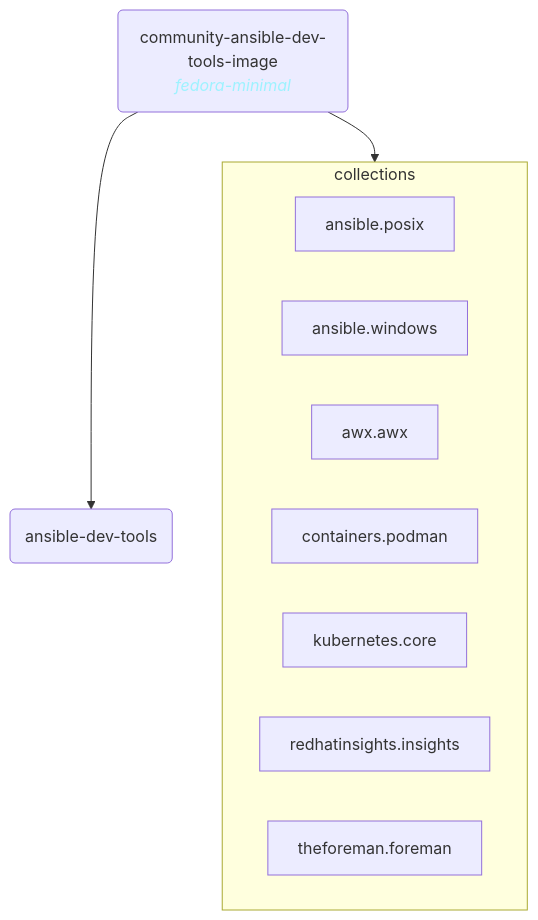
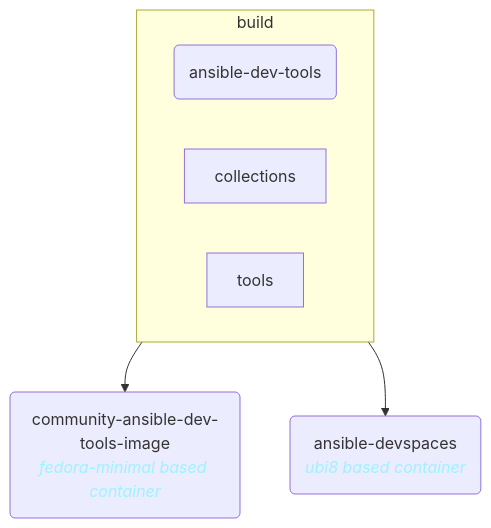
Before and after one commit to ansible/team-devtools: the third of 3 diagrams in README.md, drawn with Mermaid. The commit also changed other lines of this file and 1 other file, not shown here.

````diff
--- a/README.md
+++ b/README.md
@@ -119,24 +138,22 @@
 ```mermaid
 graph TB;
 
-ee("community-ansible-dev-tools-image<br/><i style="color: #0FF5">fedora-minimal</i>")
+ee("community-ansible-dev-tools-image<br/><i style="color: #0FF5">fedora-minimal based container</i>")
+adt(ansible-dev-tools)
+devspaces("ansible-devspaces<br/><i style="color: #0FF5">ubi8 based container</i>")
 adt(ansible-dev-tools)
 
-ee --> adt;
-ee --> collections;
+build --> ee;
+build --> devspaces;
 
-
-subgraph collections
-  ansible.posix
-  ansible.windows
-  awx.awx
-  containers.podman
-  kubernetes.core
-  redhatinsights.insights
-  theforeman.foreman
+subgraph build
+  collections
+  adt
+  tools
 end
 
 click adt "https://github.com/ansible/ansible-dev-tools"
-click ee "https://github.com/ansible/community-ansible-dev-tools-image"
+click ee "https://github.com/ansible/ansible-dev-tools/pkgs/container/community-ansible-dev-tools"
+click devspaces "https://github.com/ansible/ansible-dev-tools/pkgs/container/ansible-devspaces"
 
 ```
````
